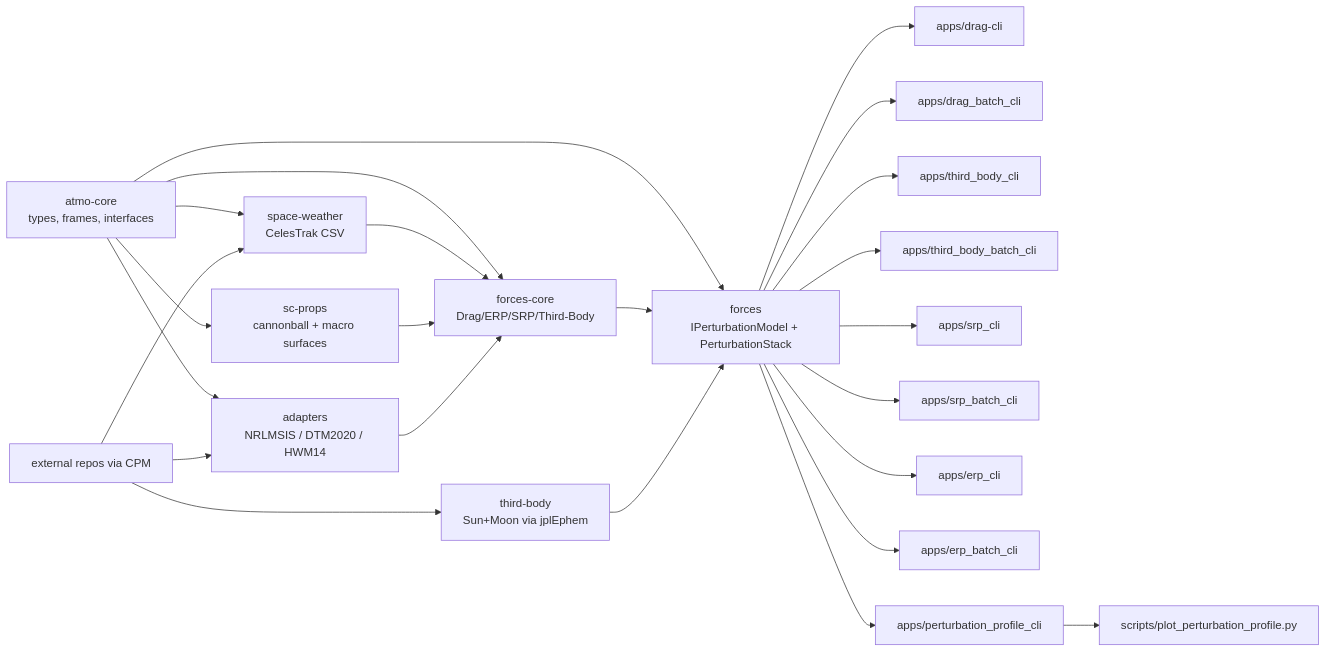
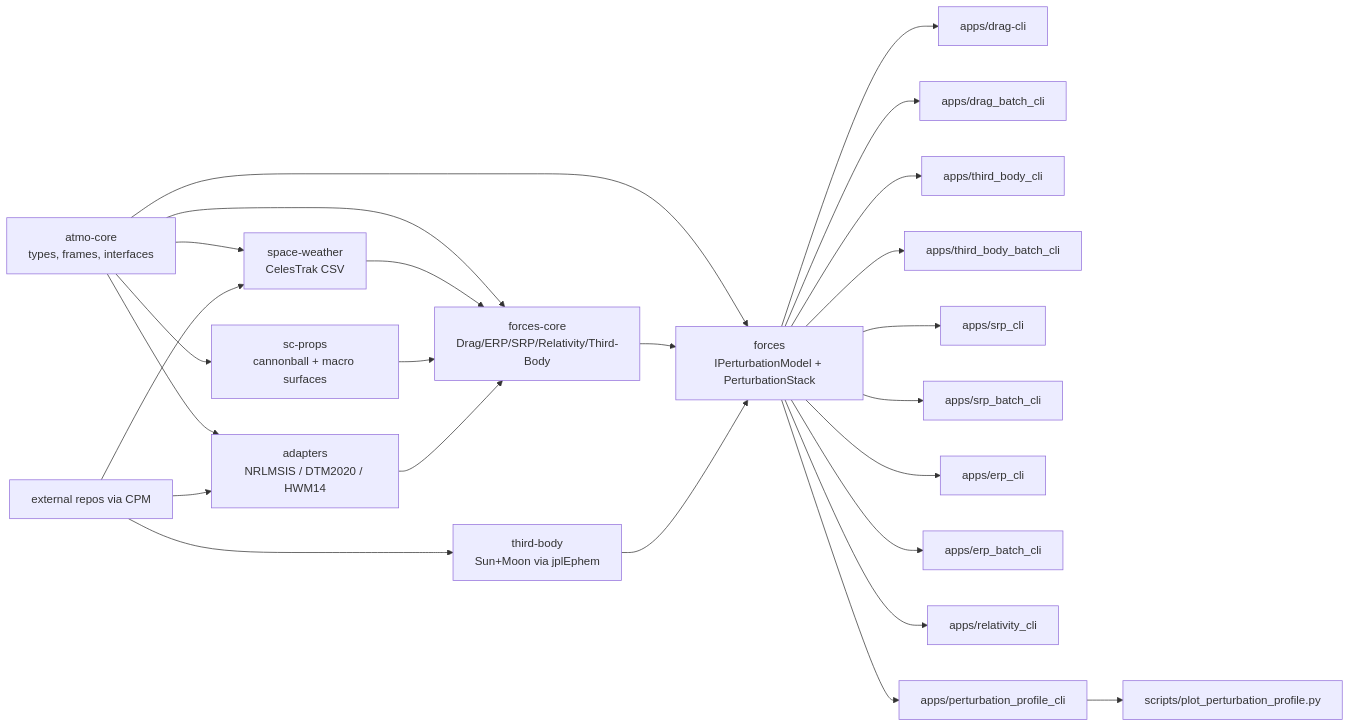
One commit to watsonryan/astroforces changed the diagram in README.md. Above: the diagram before and after it, drawn with Mermaid. The commit also changed other lines of this file and 13 other files, not shown here.

Commit message:
add eq25 relativity force model and cli

````diff
--- a/README.md
+++ b/README.md
@@ -6,26 +6,27 @@
 ```mermaid
 flowchart LR
   A[atmo-core<br/>types, frames, interfaces] --> B[space-weather<br/>CelesTrak CSV]
   A --> C[sc-props<br/>cannonball + macro surfaces]
   A --> D[adapters<br/>NRLMSIS / DTM2020 / HWM14]
-  A --> E[forces-core<br/>Drag/ERP/SRP/Third-Body]
+  A --> E[forces-core<br/>Drag/ERP/SRP/Relativity/Third-Body]
   A --> F[forces<br/>IPerturbationModel + PerturbationStack]
   B --> E
   C --> E
   D --> E
   E --> F
   T[third-body<br/>Sun+Moon via jplEphem] --> F
   F --> G[apps/drag-cli]
   F --> H[apps/drag_batch_cli]
   F --> X[apps/third_body_cli]
   F --> Y[apps/third_body_batch_cli]
   F --> S[apps/srp_cli]
   F --> U[apps/srp_batch_cli]
   F --> R[apps/erp_cli]
   F --> V[apps/erp_batch_cli]
+  F --> W[apps/relativity_cli]
   F --> P[apps/perturbation_profile_cli]
   P --> Q[scripts/plot_perturbation_profile.py]
   I[external repos via CPM] --> D
   I --> T
   I --> B
 ```
````
